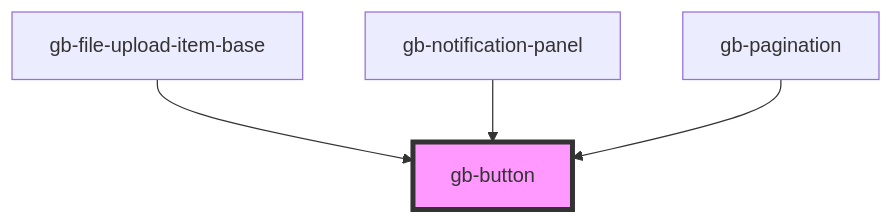
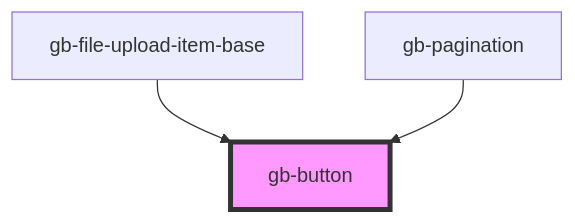
One commit to Emmanuel1858/globusComponent changed the diagram in src/components/gb-button/readme.md. Above: the diagram before and after it, drawn with Mermaid. The commit also changed other lines of this file and 69 other files, not shown here.

````diff
--- a/src/components/gb-button/readme.md
+++ b/src/components/gb-button/readme.md
@@ -32,7 +31,6 @@
 ```mermaid
 graph TD;
   gb-file-upload-item-base --> gb-button
-  gb-notification-panel --> gb-button
   gb-pagination --> gb-button
   style gb-button fill:#f9f,stroke:#333,stroke-width:4px
 ```
````
